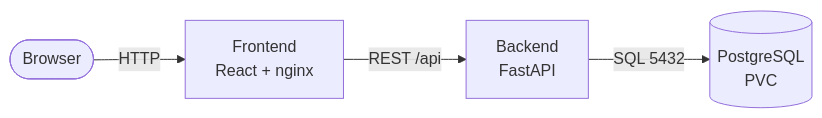
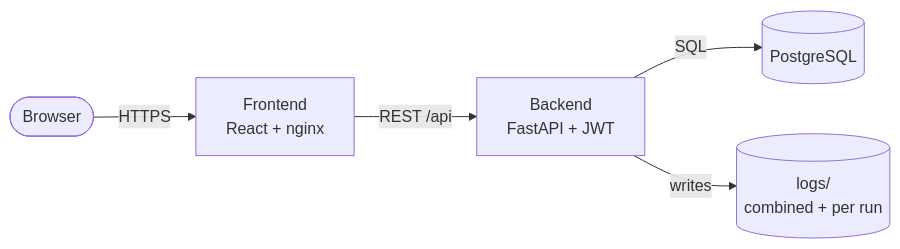
Before and after one commit to hemant1022/cloud-project: the first of 4 diagrams in docs/architecture.md, drawn with Mermaid. The commit also changed other lines of this file and 25 other files, not shown here.

````diff
--- a/docs/architecture.md
+++ b/docs/architecture.md
@@ -5,6 +5,7 @@
 ```mermaid
 flowchart LR
-    User([Browser]) -->|HTTP| FE[Frontend<br/>React + nginx]
-    FE -->|REST /api| BE[Backend<br/>FastAPI]
-    BE -->|SQL 5432| DB[(PostgreSQL<br/>PVC)]
+    User([Browser]) -->|HTTPS| FE[Frontend<br/>React + nginx]
+    FE -->|REST /api| BE[Backend<br/>FastAPI + JWT]
+    BE -->|SQL| DB[(PostgreSQL)]
+    BE -->|writes| LOGS[(logs/<br/>combined + per run)]
 ```
````
